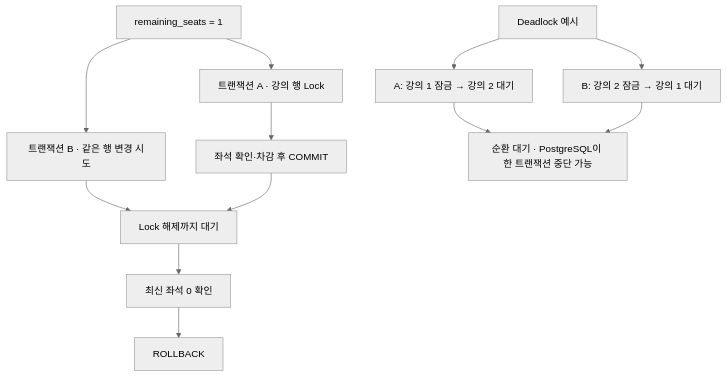
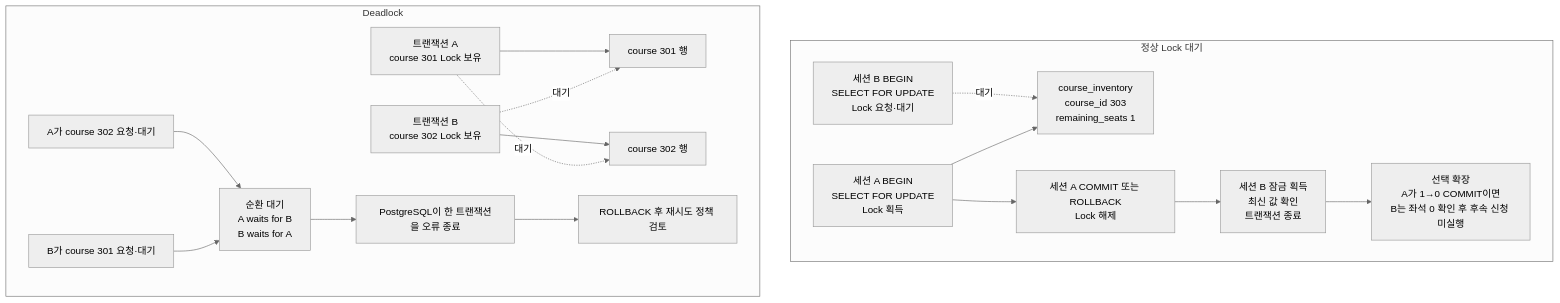
One commit to GilbertMoon/ai-database-book changed the diagram in images/chapter09/ch09_07_concurrency_lock_deadlock.mmd. Above: the diagram before and after it, drawn with Mermaid (neutral theme). The commit also changed 19 other files, not shown here.

```diff
--- a/images/chapter09/ch09_07_concurrency_lock_deadlock.mmd
+++ b/images/chapter09/ch09_07_concurrency_lock_deadlock.mmd
@@ -1,14 +1,34 @@
 flowchart TB
-    A[remaining_seats = 1]
-    A --> B[트랜잭션 A · 강의 행 Lock]
-    A --> C[트랜잭션 B · 같은 행 변경 시도]
-    B --> D[좌석 확인·차감 후 COMMIT]
-    C --> E[Lock 해제까지 대기]
-    D --> E
-    E --> F[최신 좌석 0 확인]
-    F --> G[ROLLBACK]
-    H[Deadlock 예시]
-    H --> I[A: 강의 1 잠금 → 강의 2 대기]
-    H --> J[B: 강의 2 잠금 → 강의 1 대기]
-    I --> K[순환 대기 · PostgreSQL이 한 트랜잭션 중단 가능]
-    J --> K
+    subgraph NORMAL["정상 Lock 대기"]
+        N1[course_inventory<br/>course_id 303<br/>remaining_seats 1]
+        A1[세션 A BEGIN<br/>SELECT FOR UPDATE<br/>Lock 획득]
+        B1[세션 B BEGIN<br/>SELECT FOR UPDATE<br/>Lock 요청·대기]
+        A2[세션 A COMMIT 또는 ROLLBACK<br/>Lock 해제]
+        B2[세션 B 잠금 획득<br/>최신 값 확인<br/>트랜잭션 종료]
+        X1[선택 확장<br/>A가 1→0 COMMIT이면<br/>B는 좌석 0 확인 후 후속 신청 미실행]
+
+        A1 --> N1
+        B1 -. 대기 .-> N1
+        A1 --> A2 --> B2
+        B2 --> X1
+    end
+
+    subgraph DEADLOCK["Deadlock"]
+        A3[트랜잭션 A<br/>course 301 Lock 보유]
+        B3[트랜잭션 B<br/>course 302 Lock 보유]
+        R301[course 301 행]
+        R302[course 302 행]
+        A4[A가 course 302 요청·대기]
+        B4[B가 course 301 요청·대기]
+        D1[순환 대기<br/>A waits for B<br/>B waits for A]
+        D2[PostgreSQL이 한 트랜잭션을 오류 종료]
+        D3[ROLLBACK 후 재시도 정책 검토]
+
+        A3 --> R301
+        B3 --> R302
+        A3 -. 대기 .-> R302
+        B3 -. 대기 .-> R301
+        A4 --> D1
+        B4 --> D1
+        D1 --> D2 --> D3
+    end
```
